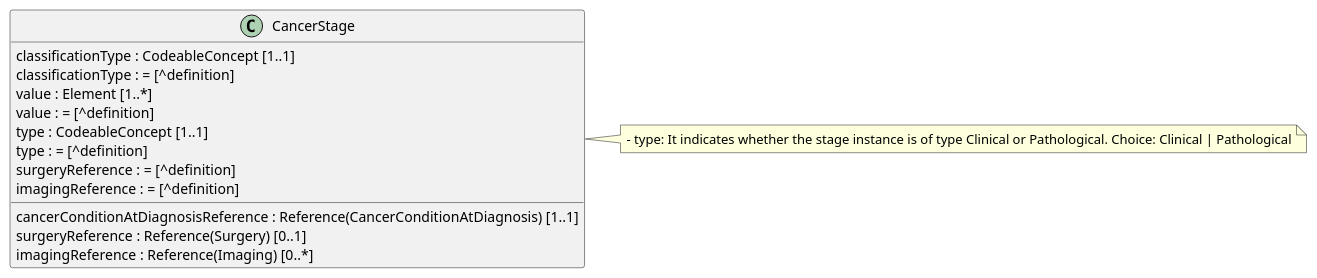
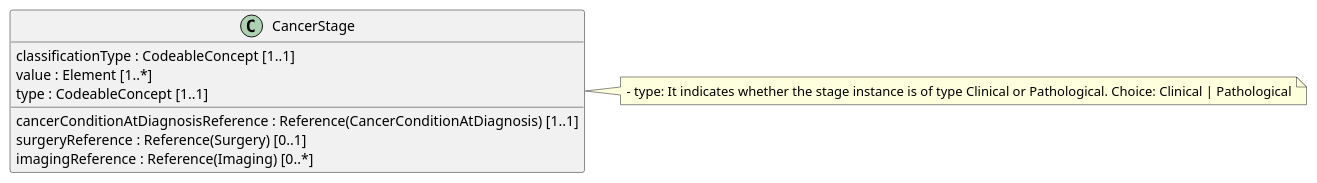
The diagram in input/images-source/CancerStage_LM.plantuml (hl7-eu/cancer-common), drawn with PlantUML before and after one commit. The commit also changed 9 other files, not shown here.

Commit message:
cleaned up plantuml model diagrams

```diff
--- a/input/images-source/CancerStage_LM.plantuml
+++ b/input/images-source/CancerStage_LM.plantuml
@@ -1,22 +1,17 @@
 @startuml
 hide empty members
 skinparam classAttributeIconSize 0
 
 class CancerStage {
   cancerConditionAtDiagnosisReference : Reference(CancerConditionAtDiagnosis) [1..1]
   classificationType : CodeableConcept [1..1]
-  classificationType : = [^definition]
   value : Element [1..*]
-  value : = [^definition]
   type : CodeableConcept [1..1]
-  type : = [^definition]
   surgeryReference : Reference(Surgery) [0..1]
-  surgeryReference : = [^definition]
   imagingReference : Reference(Imaging) [0..*]
-  imagingReference : = [^definition]
 }
 
 note right of CancerStage
 - type: It indicates whether the stage instance is of type Clinical or Pathological. Choice: Clinical | Pathological
 end note
 @enduml
```
